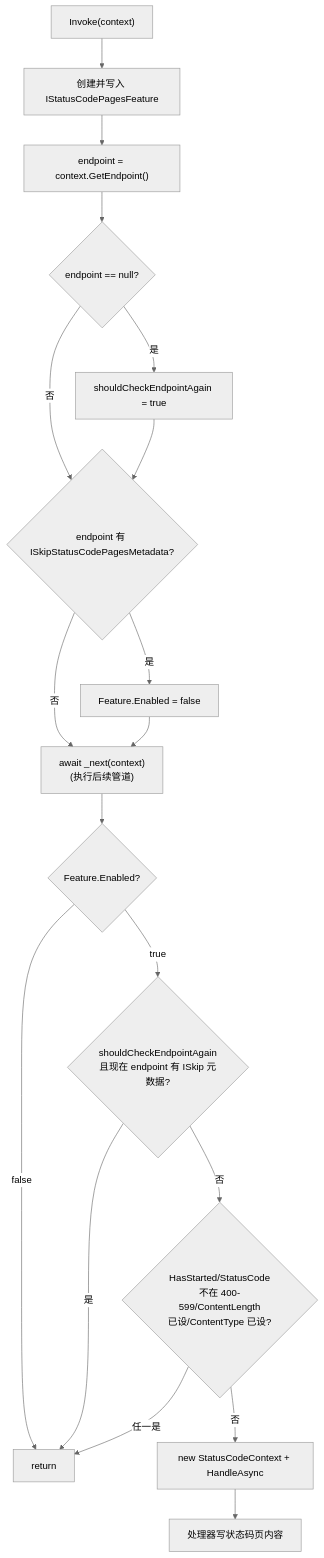
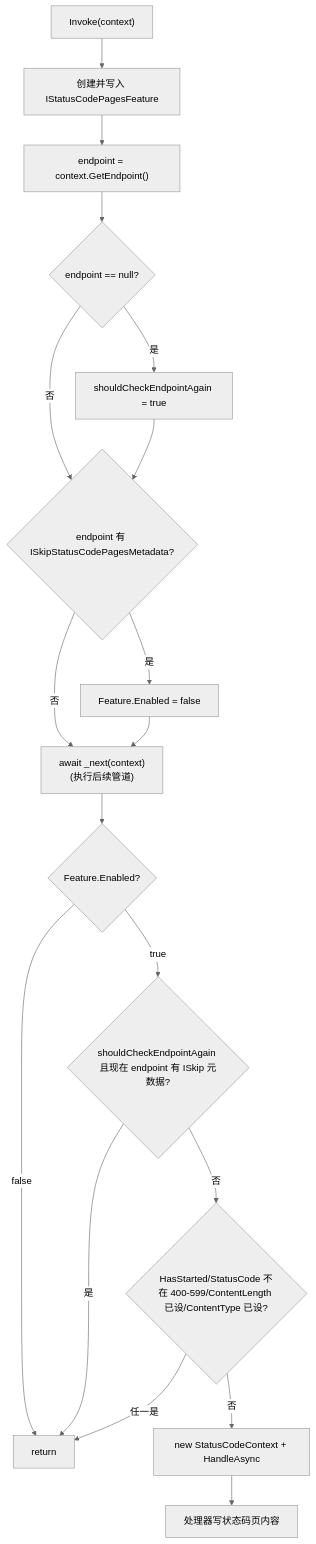
One commit to AlexKuai/SourceCodeLearningNotes changed diagram 17 of 26 in Notes/异常处理.md. Above: the diagram before and after it, drawn with Mermaid (neutral theme). The commit also changed other lines of this file and 9 other files, not shown here.

Commit message:
fix: 修正 mermaid 图错误

````diff
--- a/Notes/异常处理.md
+++ b/Notes/异常处理.md
@@ -586,25 +586,25 @@
 ```mermaid
 flowchart TD
     Start["Invoke(context)"]
     Start --> Feat["创建并写入 IStatusCodePagesFeature"]
     Feat --> GetEp["endpoint = context.GetEndpoint()"]
-    GetEp --> NoEp{endpoint == null?}
+    GetEp --> NoEp{"endpoint == null?"}
     NoEp -->|是| Flag[shouldCheckEndpointAgain = true]
     NoEp -->|否| Skip1
 
-    Flag --> Skip1{endpoint 有 ISkipStatusCodePagesMetadata?}
+    Flag --> Skip1{"endpoint 有 ISkipStatusCodePagesMetadata?"}
     Skip1 -->|是| Disable[Feature.Enabled = false]
     Skip1 -->|否| Next
 
     Disable --> Next["await _next(context)<br/>(执行后续管道)"]
-    Next --> CheckEn{Feature.Enabled?}
+    Next --> CheckEn{"Feature.Enabled?"}
     CheckEn -->|false| Return[return]
-    CheckEn -->|true| Recheck{shouldCheckEndpointAgain<br/>且现在 endpoint 有 ISkip 元数据?}
+    CheckEn -->|true| Recheck{"shouldCheckEndpointAgain 且现在 endpoint 有 ISkip 元数据?"}
 
     Recheck -->|是| Return
-    Recheck -->|否| Conditions{HasStarted/StatusCode<br/>不在 400-599/ContentLength<br/>已设/ContentType 已设?}
+    Recheck -->|否| Conditions{"HasStarted/StatusCode 不在 400-599/ContentLength 已设/ContentType 已设?"}
 
     Conditions -->|任一是| Return
     Conditions -->|否| Build["new StatusCodeContext + HandleAsync"]
     Build --> WriteBody[处理器写状态码页内容]
 ```
````
